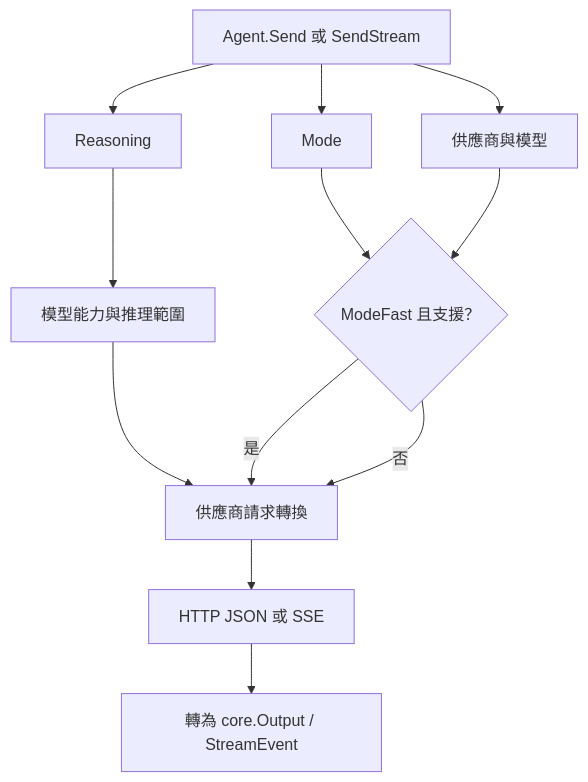
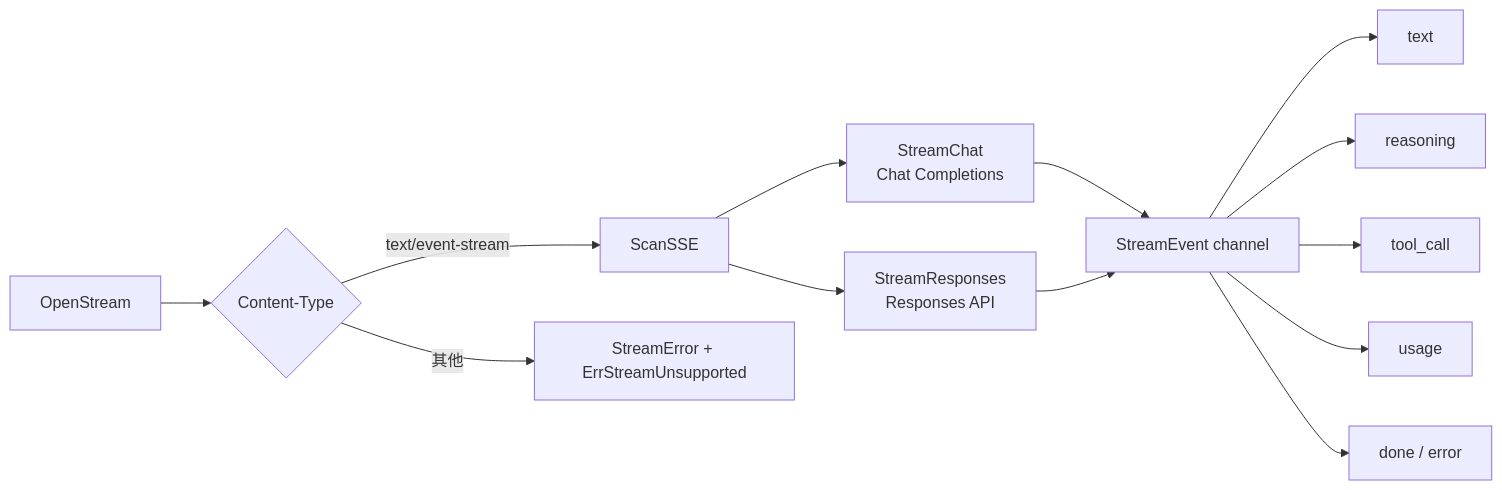
Before and after one commit to pardnchiu/go-llm-router: the fifth of 11 diagrams in doc/architecture.zh.md, drawn with Mermaid. The commit also changed other lines of this file and 5 other files, not shown here.

Commit message:
doc: Rewrite documentation for the current router architecture

````diff
--- a/doc/architecture.zh.md
+++ b/doc/architecture.zh.md
@@ -154,22 +124,15 @@
 ```mermaid
-flowchart TB
-    Request[Agent.Send 或 SendStream]
-    Reasoning[Reasoning]
-    Mode[Mode]
-    Model[供應商與模型]
-    Clamp[模型能力與推理範圍]
-    Fast{ModeFast 且支援？}
-    Shape[供應商請求轉換]
-    Send[HTTP JSON 或 SSE]
-    Normalize[轉為 core.Output / StreamEvent]
-
-    Request --> Reasoning
-    Request --> Mode
-    Request --> Model
-    Reasoning --> Clamp --> Shape
-    Mode --> Fast
-    Model --> Fast
-    Fast -->|是| Shape
-    Fast -->|否| Shape
-    Shape --> Send --> Normalize
+graph LR
+    Req[OpenStream] --> Check{Content-Type}
+    Check -- text/event-stream --> Scan[ScanSSE]
+    Check -- 其他 --> Unsupported[StreamError + ErrStreamUnsupported]
+    Scan --> Chat[StreamChat<br/>Chat Completions]
+    Scan --> Responses[StreamResponses<br/>Responses API]
+    Chat --> Events[StreamEvent channel]
+    Responses --> Events
+    Events --> Text[text]
+    Events --> Reason[reasoning]
+    Events --> Tool[tool_call]
+    Events --> UsageEvt[usage]
+    Events --> Done[done / error]
 ```
````
